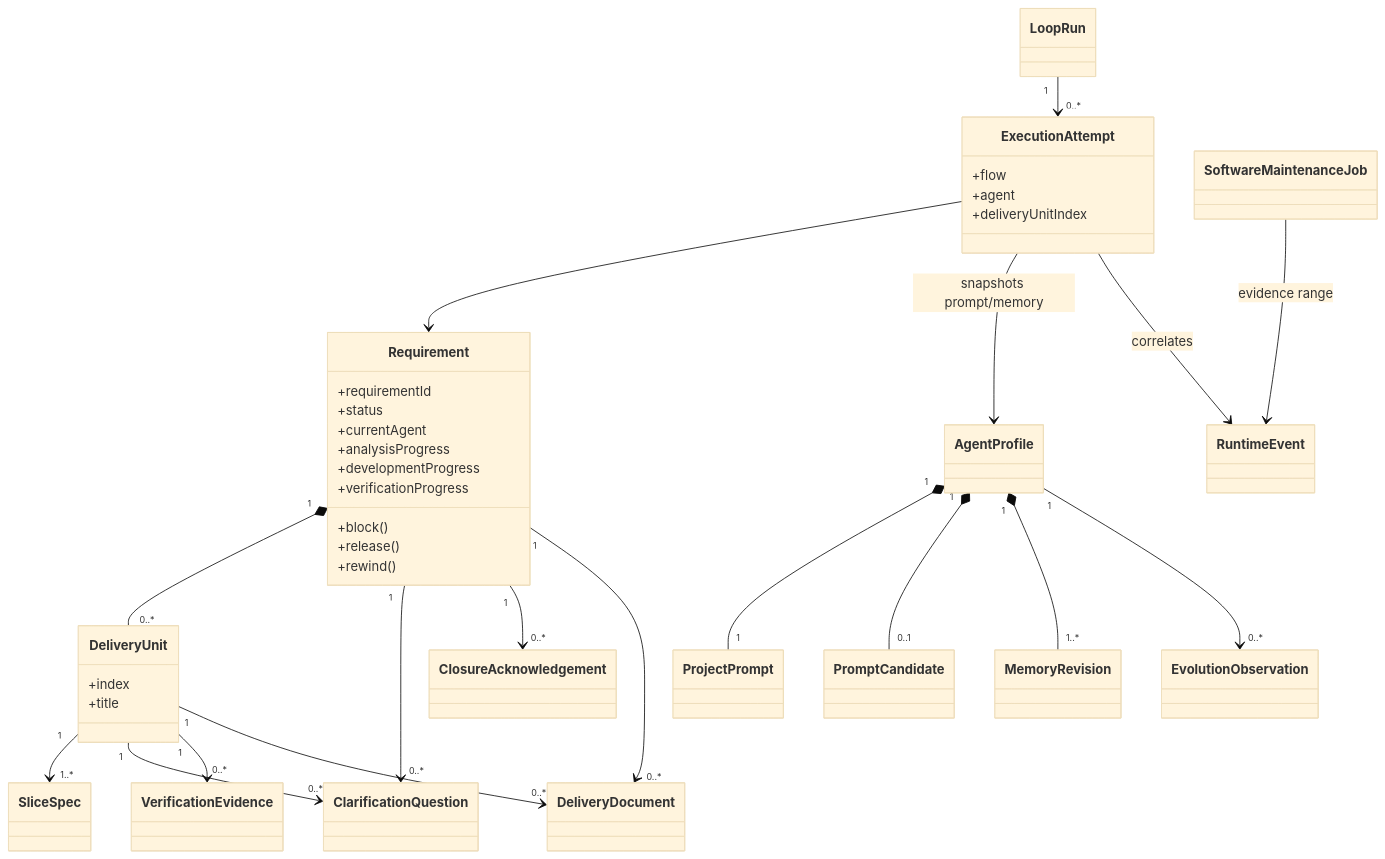
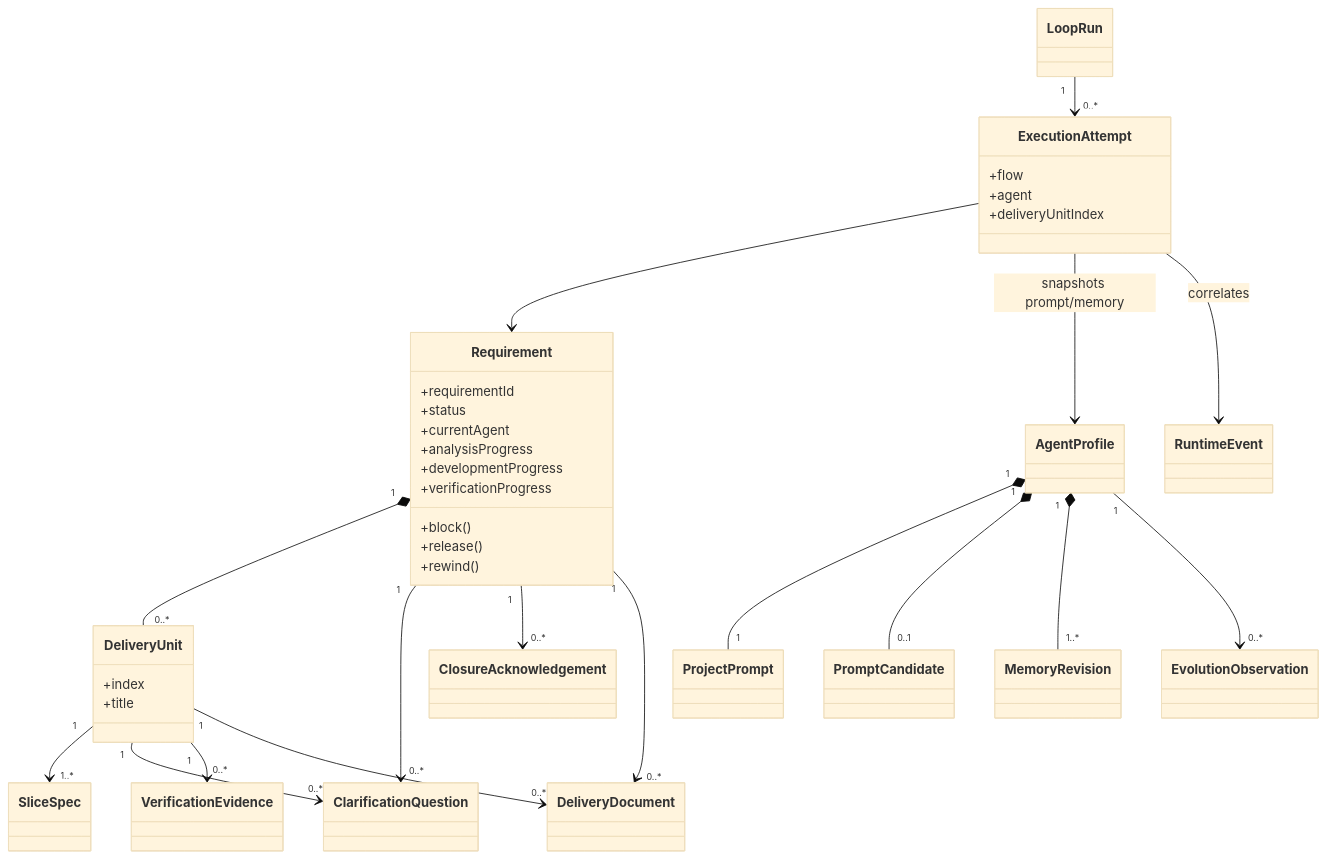
One commit to InspireChina/ai4se-loop-workflow changed the diagram in docs/v1-ddd-boundaries.md. Above: the diagram before and after it, drawn with Mermaid (base theme). The commit also changed other lines of this file and 54 other files, not shown here.

````diff
--- a/docs/v1-ddd-boundaries.md
+++ b/docs/v1-ddd-boundaries.md
@@ -138,54 +126,52 @@
 ```mermaid
 classDiagram
   class Requirement {
     +requirementId
     +status
     +currentAgent
     +analysisProgress
     +developmentProgress
     +verificationProgress
     +block()
     +release()
     +rewind()
   }
   class DeliveryUnit {
     +index
     +title
   }
   class SliceSpec
   class ClarificationQuestion
   class VerificationEvidence
   class ClosureAcknowledgement
   class DeliveryDocument
   class LoopRun
   class ExecutionAttempt {
     +flow
     +agent
     +deliveryUnitIndex
   }
   class AgentProfile
   class ProjectPrompt
   class PromptCandidate
   class MemoryRevision
   class EvolutionObservation
   class RuntimeEvent
-  class SoftwareMaintenanceJob
 
   Requirement "1" *-- "0..*" DeliveryUnit
   Requirement "1" --> "0..*" ClarificationQuestion
   Requirement "1" --> "0..*" ClosureAcknowledgement
   Requirement "1" --> "0..*" DeliveryDocument
   DeliveryUnit "1" --> "1..*" SliceSpec
   DeliveryUnit "1" --> "0..*" ClarificationQuestion
   DeliveryUnit "1" --> "0..*" VerificationEvidence
   DeliveryUnit "1" --> "0..*" DeliveryDocument
   LoopRun "1" --> "0..*" ExecutionAttempt
   ExecutionAttempt --> Requirement
   AgentProfile "1" *-- "1" ProjectPrompt
   AgentProfile "1" *-- "0..1" PromptCandidate
   AgentProfile "1" *-- "1..*" MemoryRevision
   AgentProfile "1" --> "0..*" EvolutionObservation
   ExecutionAttempt --> AgentProfile : snapshots prompt/memory
   ExecutionAttempt --> RuntimeEvent : correlates
-  SoftwareMaintenanceJob --> RuntimeEvent : evidence range
 ```
````
